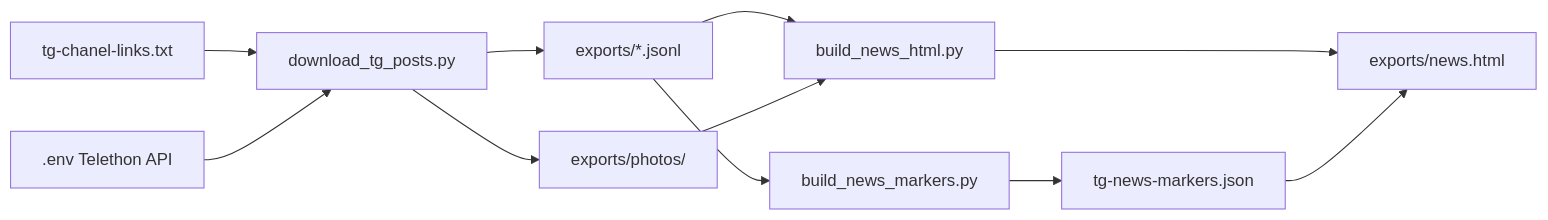
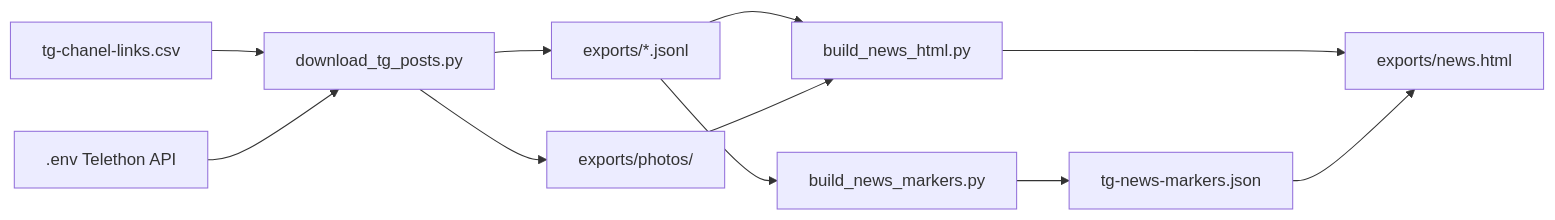
Before and after one commit to nihlt/tg-air-alerts: the diagram in README.md, drawn with Mermaid. The commit also changed other lines of this file and 15 other files, not shown here.

````diff
--- a/README.md
+++ b/README.md
@@ -21,13 +21,13 @@
 ```mermaid
 flowchart LR
-  channels[tg-chanel-links.txt] --> download[download_tg_posts.py]
+  channels[tg-chanel-links.csv] --> download[download_tg_posts.py]
   env[.env Telethon API] --> download
   download --> jsonl[exports/*.jsonl]
   download --> photos[exports/photos/]
   jsonl --> html[build_news_html.py]
   photos --> html
   html --> page[exports/news.html]
   jsonl --> markers[build_news_markers.py]
   markers --> dict[tg-news-markers.json]
   dict --> page
 ```
````
